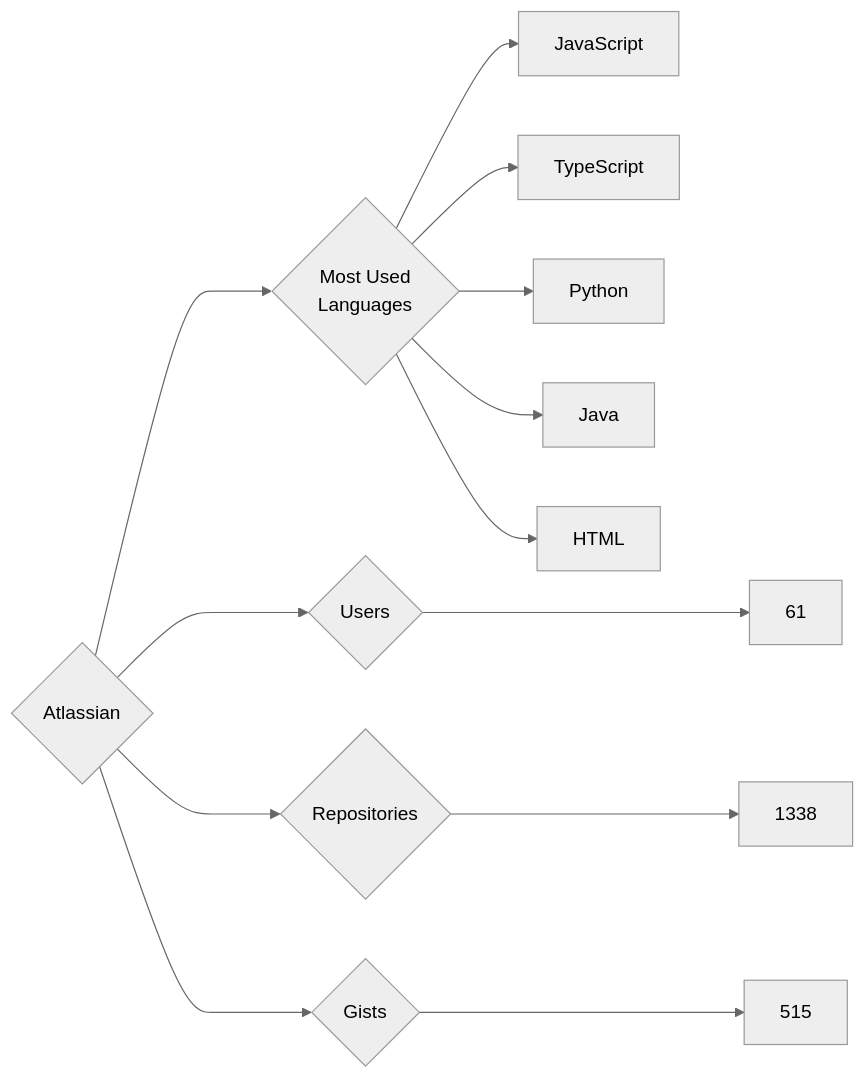
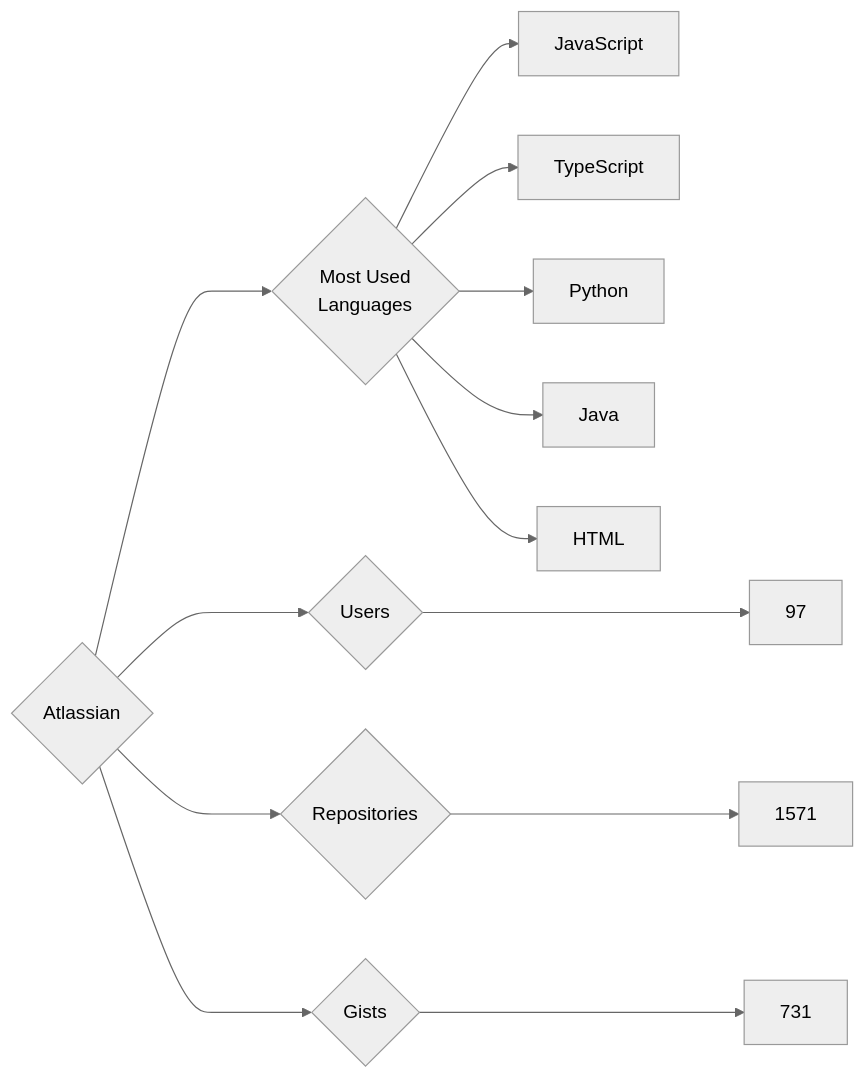
The diagram in targets/Atlassian/README.md (trickest/insiders), drawn with Mermaid (neutral theme) before and after one commit. The commit also changed 930 other files, not shown here.

````diff
--- a/targets/Atlassian/README.md
+++ b/targets/Atlassian/README.md
@@ -3,13 +3,13 @@
 ```mermaid
 graph LR
 COMPANY_NAME{Atlassian}
-COMPANY_NAME ---> U{Users} ---> UN[61]
-COMPANY_NAME ---> R{Repositories} ---> RN[1338]
-COMPANY_NAME ---> G{Gists} ---> GN[515]
+COMPANY_NAME ---> U{Users} ---> UN[97]
+COMPANY_NAME ---> R{Repositories} ---> RN[1571]
+COMPANY_NAME ---> G{Gists} ---> GN[731]
 COMPANY_NAME ---> ML{Most Used<br>Languages}
 ML --> JavaScript[JavaScript]
 ML --> TypeScript[TypeScript]
 ML --> Python[Python]
 ML --> Java[Java]
 ML --> HTML[HTML]
 ```
````
